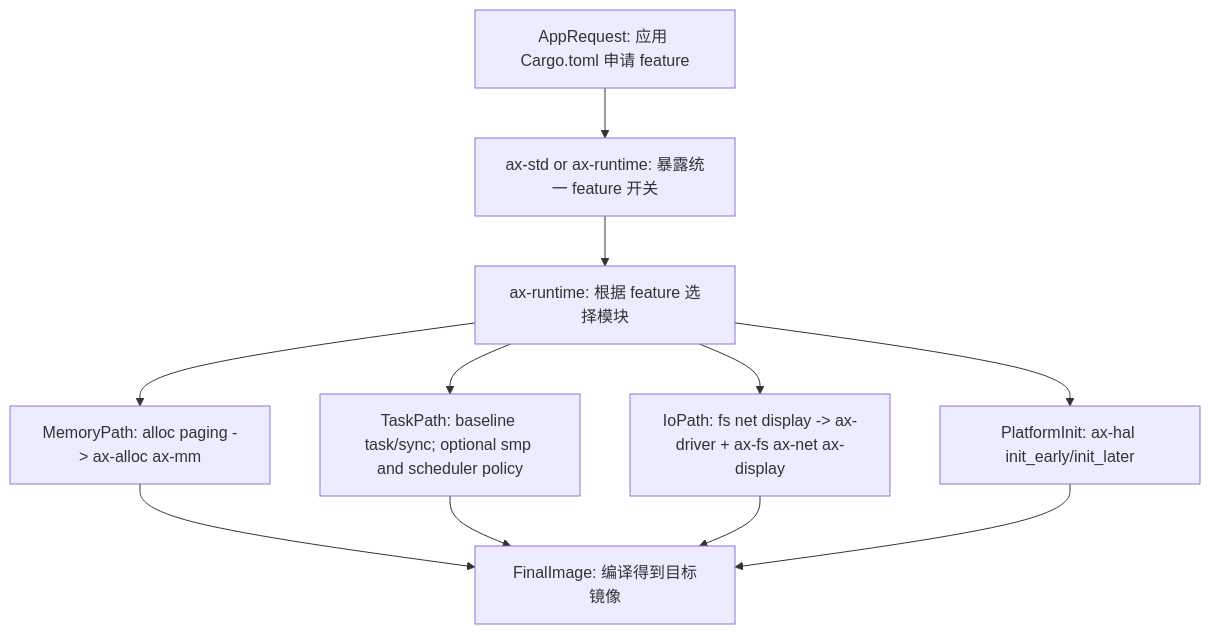
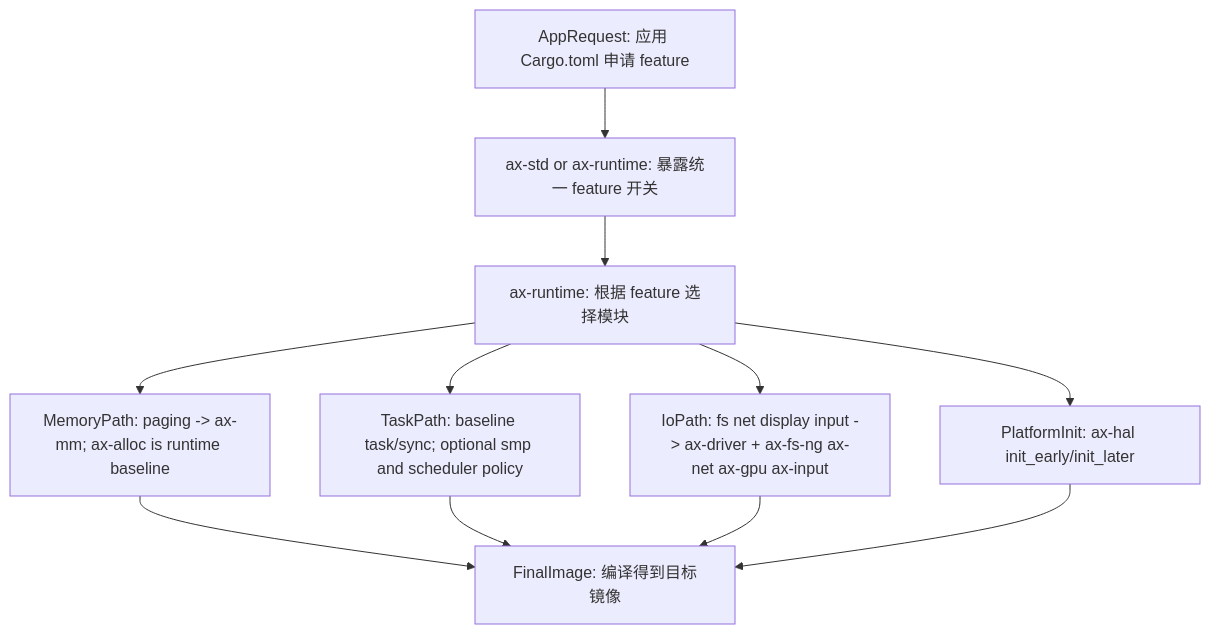
The second of 5 diagrams in docs/docs/architecture/arceos/overview.md (rcore-os/tgoskits), drawn with Mermaid before and after one commit. The commit also changed other lines of this file and 59 other files, not shown here.

````diff
--- a/docs/docs/architecture/arceos/overview.md
+++ b/docs/docs/architecture/arceos/overview.md
@@ -126,22 +117,22 @@
 ```mermaid
 flowchart TD
     appRequest["AppRequest: 应用 Cargo.toml 申请 feature"]
     axstdAxfeat["ax-std or ax-runtime: 暴露统一 feature 开关"]
     runtimeGate["ax-runtime: 根据 feature 选择模块"]
-    memPath["MemoryPath: alloc paging -> ax-alloc ax-mm"]
+    memPath["MemoryPath: paging -> ax-mm; ax-alloc is runtime baseline"]
     taskPath["TaskPath: baseline task/sync; optional smp and scheduler policy"]
-    ioPath["IoPath: fs net display -> ax-driver + ax-fs ax-net ax-display"]
+    ioPath["IoPath: fs net display input -> ax-driver + ax-fs-ng ax-net ax-gpu ax-input"]
     platformInit["PlatformInit: ax-hal init_early/init_later"]
     finalImage["FinalImage: 编译得到目标镜像"]
 
     appRequest --> axstdAxfeat
     axstdAxfeat --> runtimeGate
     runtimeGate --> memPath
     runtimeGate --> taskPath
     runtimeGate --> ioPath
     runtimeGate --> platformInit
     memPath --> finalImage
     taskPath --> finalImage
     ioPath --> finalImage
     platformInit --> finalImage
 ```
````
